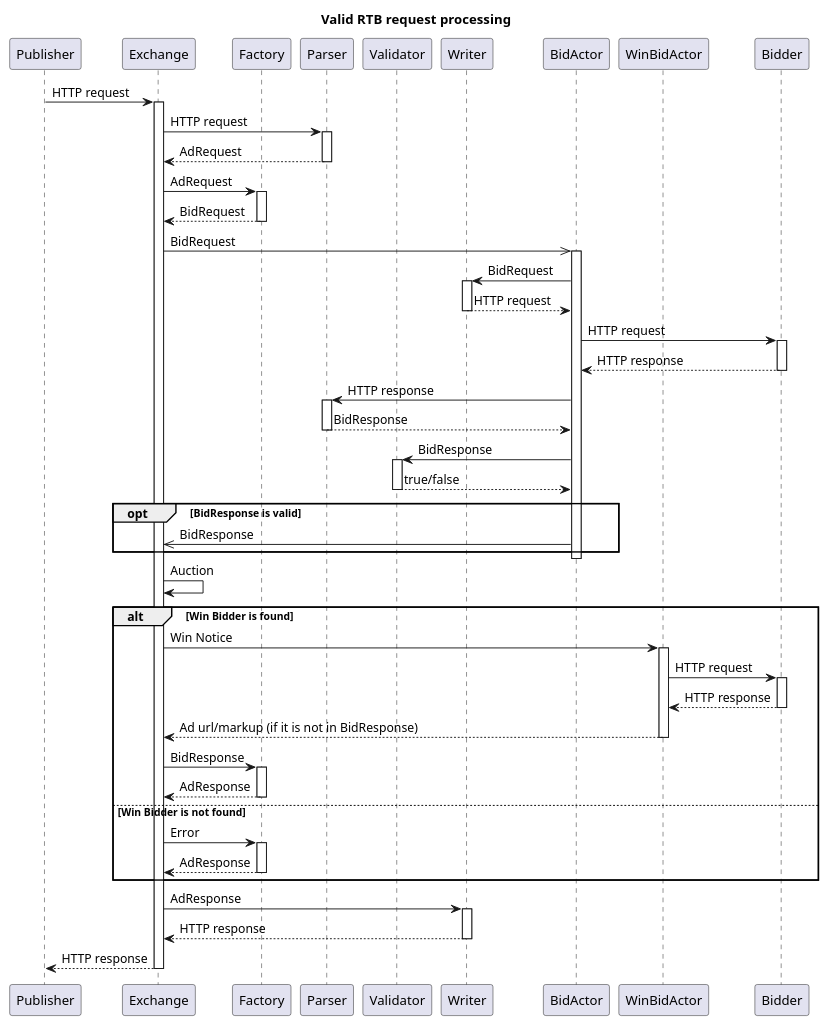
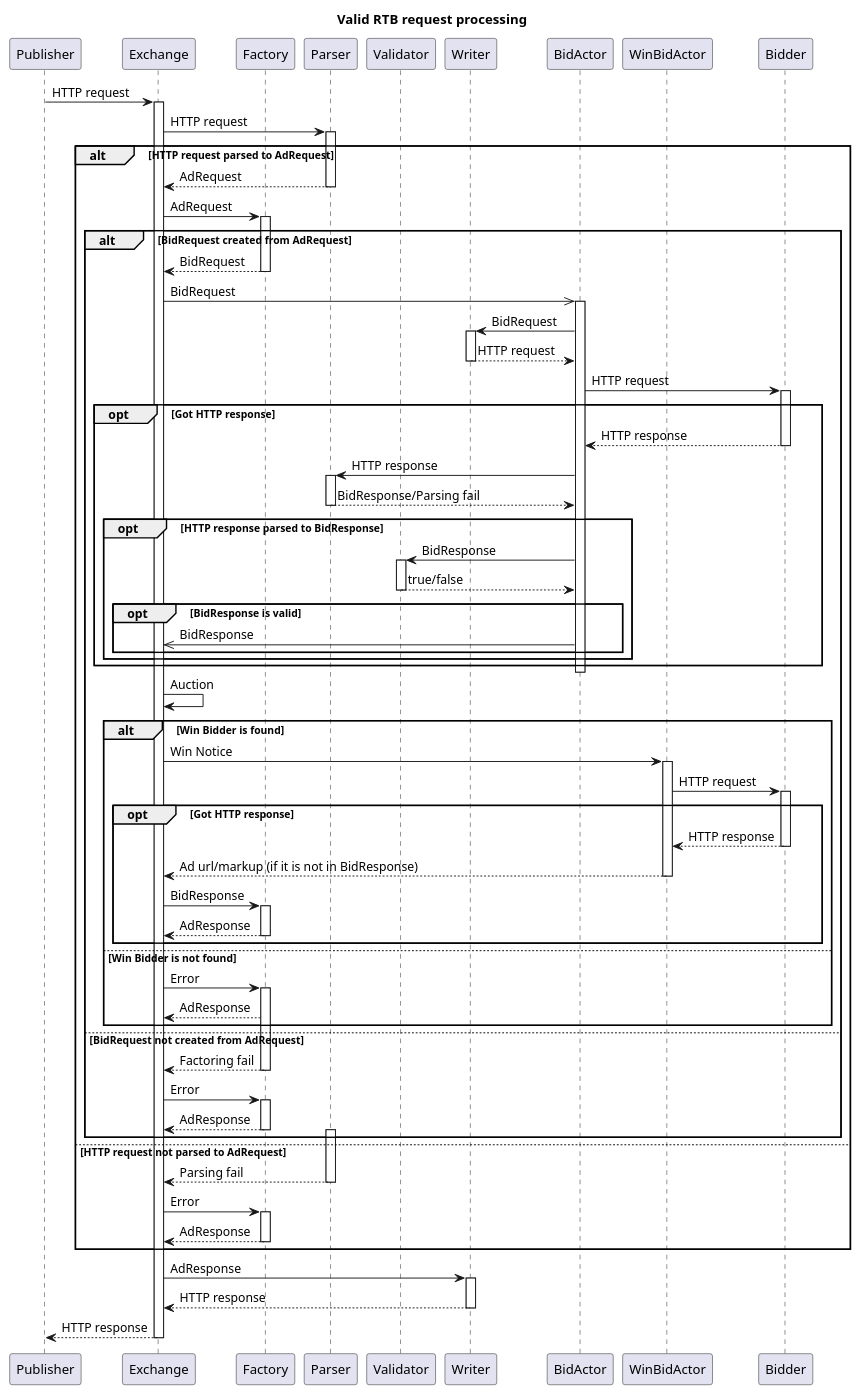
One commit to bwsw/simple-rtb-exchange changed the diagram in diagrams/valid_request_processing.puml. Above: the diagram before and after it, drawn with PlantUML.

Commit message:
Ticket #2574. Add not valid cases.

```diff
--- a/diagrams/valid_request_processing.puml
+++ b/diagrams/valid_request_processing.puml
@@ -1,84 +1,117 @@
 @startuml
 
 title Valid RTB request processing
 
 participant Publisher
 participant Exchange
 participant Factory
 participant Parser
 participant Validator
 participant Writer
 participant BidActor
 participant WinBidActor
 participant Bidder
 
 Publisher -> Exchange: HTTP request
 activate Exchange
 
 Exchange -> Parser: HTTP request
 activate Parser
-Exchange <-- Parser: AdRequest
-deactivate Parser
-Exchange -> Factory: AdRequest
-activate Factory
-Exchange <-- Factory: BidRequest
-deactivate Factory
 
-Exchange ->> BidActor: BidRequest
-activate BidActor
+alt HTTP request parsed to AdRequest
+    Exchange <-- Parser: AdRequest
+    deactivate Parser
+    Exchange -> Factory: AdRequest
+    activate Factory
 
-BidActor -> Writer: BidRequest
-activate Writer
-Writer --> BidActor: HTTP request
-deactivate Writer
+    alt BidRequest created from AdRequest
+        Exchange <-- Factory: BidRequest
+        deactivate Factory
 
-BidActor -> Bidder: HTTP request
-activate Bidder
-BidActor <-- Bidder: HTTP response
-deactivate Bidder
+        Exchange ->> BidActor: BidRequest
+        activate BidActor
 
-BidActor -> Parser: HTTP response
-activate Parser
-BidActor <-- Parser: BidResponse
-deactivate Parser
+        BidActor -> Writer: BidRequest
+        activate Writer
+        Writer --> BidActor: HTTP request
+        deactivate Writer
 
-BidActor -> Validator: BidResponse
-activate Validator
-BidActor <-- Validator: true/false
-deactivate Validator
-opt BidResponse is valid
-    Exchange <<- BidActor: BidResponse
-end
-deactivate BidActor
+        BidActor -> Bidder: HTTP request
+        activate Bidder
+        opt Got HTTP response
+            BidActor <-- Bidder: HTTP response
+            deactivate Bidder
 
-Exchange -> Exchange: Auction
+            BidActor -> Parser: HTTP response
+            activate Parser
 
-alt Win Bidder is found
-    Exchange -> WinBidActor: Win Notice
-    activate WinBidActor
-    WinBidActor -> Bidder: HTTP request
-    activate Bidder
-    WinBidActor <-- Bidder: HTTP response
-    deactivate Bidder
-    Exchange <-- WinBidActor: Ad url/markup (if it is not in BidResponse)
-    deactivate WinBidActor
+            BidActor <-- Parser: BidResponse/Parsing fail
+            deactivate Parser
+            opt HTTP response parsed to BidResponse
+                BidActor -> Validator: BidResponse
+                activate Validator
+                BidActor <-- Validator: true/false
+                deactivate Validator
+                opt BidResponse is valid
+                    Exchange <<- BidActor: BidResponse
+                end
+            end
+        end
 
-    Exchange -> Factory: BidResponse
-    activate Factory
-    Exchange <-- Factory: AdResponse
-    deactivate Factory
-else Win Bidder is not found
+        deactivate BidActor
+            
+        Exchange -> Exchange: Auction
+
+        alt Win Bidder is found
+            Exchange -> WinBidActor: Win Notice
+            activate WinBidActor
+            WinBidActor -> Bidder: HTTP request
+            activate Bidder
+            opt Got HTTP response
+                WinBidActor <-- Bidder: HTTP response
+                deactivate Bidder
+                Exchange <-- WinBidActor: Ad url/markup (if it is not in BidResponse)
+                deactivate WinBidActor
+                
+                Exchange -> Factory: BidResponse
+                activate Factory
+                Exchange <-- Factory: AdResponse
+                deactivate Factory
+            end
+
+        else Win Bidder is not found
+            Exchange -> Factory: Error
+            activate Factory
+            Exchange <-- Factory: AdResponse
+        end
+
+    else BidRequest not created from AdRequest
+        Exchange <-- Factory: Factoring fail
+        deactivate Factory
+
+        Exchange -> Factory: Error
+        activate Factory
+        Exchange <-- Factory: AdResponse
+        deactivate Factory
+
+        activate Parser
+    end
+
+else HTTP request not parsed to AdRequest
+    Exchange <-- Parser: Parsing fail
+    deactivate Parser
+
     Exchange -> Factory: Error
     activate Factory
     Exchange <-- Factory: AdResponse
     deactivate Factory
 end
+
 Exchange -> Writer: AdResponse
 activate Writer
 Exchange <-- Writer: HTTP response
 deactivate Writer
-
 Exchange --> Publisher: HTTP response
 deactivate Exchange
 
 @enduml
```
